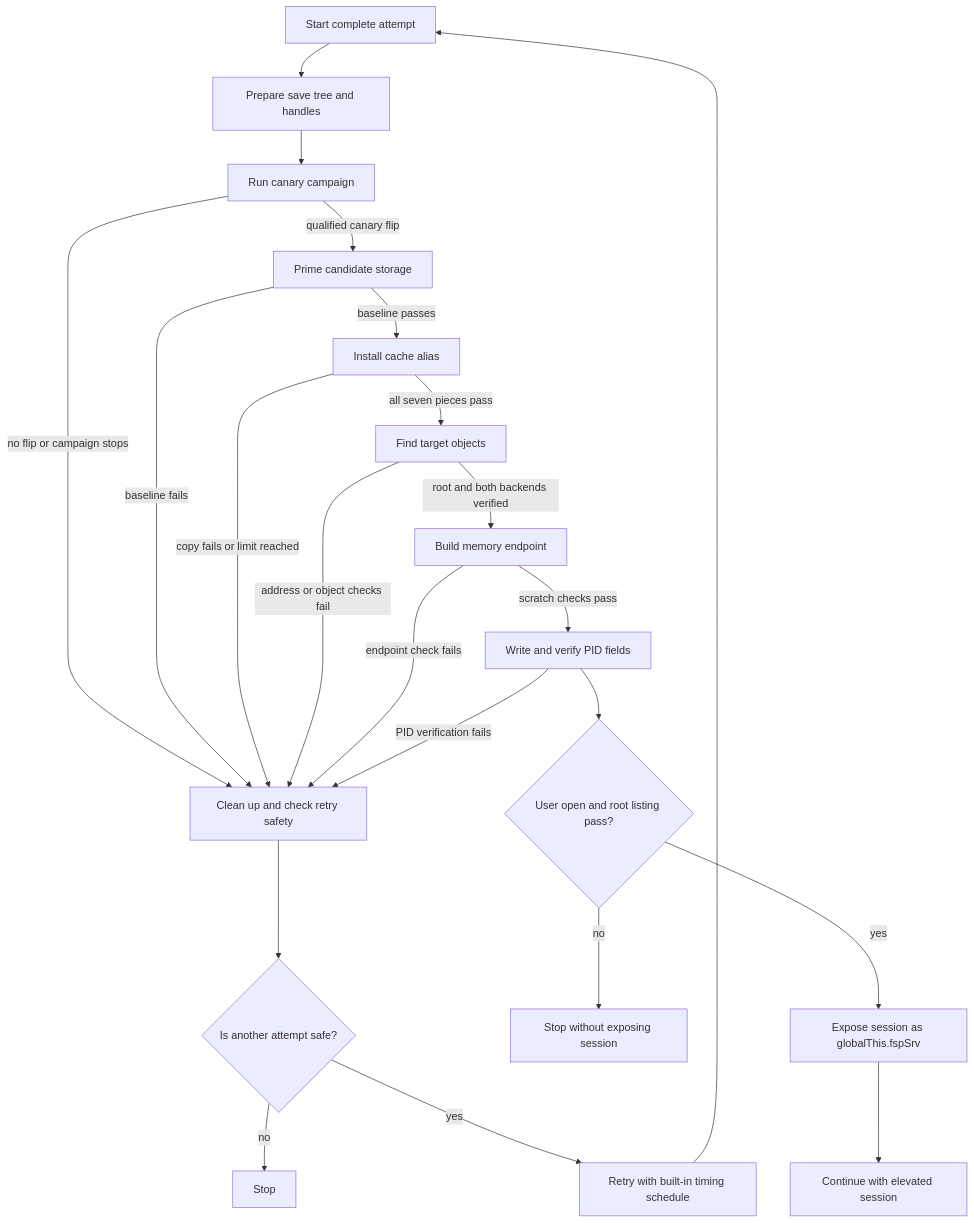
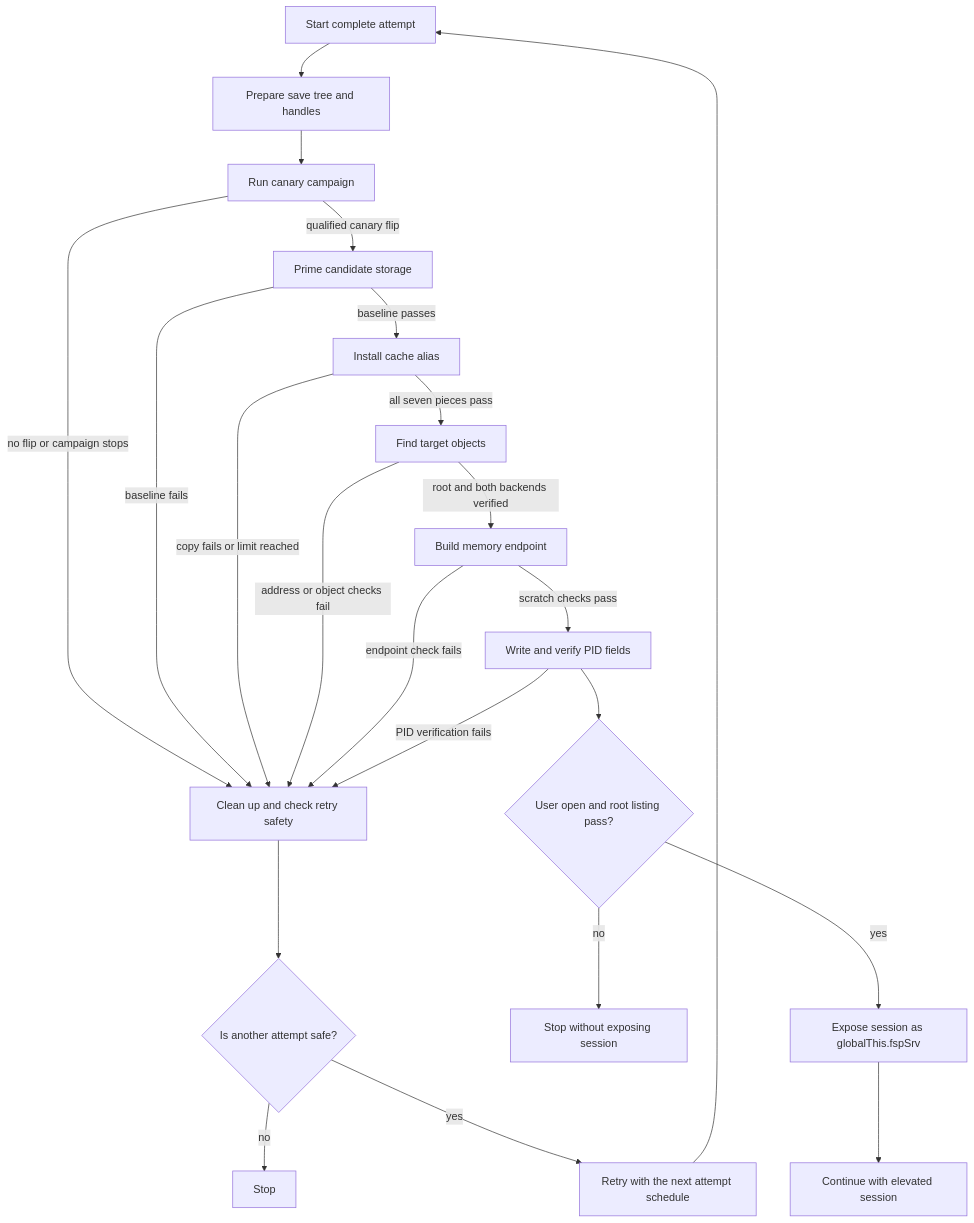
One commit to ItsNerisma/CivSwitchFS changed the first of 6 diagrams in HOW_IT_WORKS.md. Above: the diagram before and after it, drawn with Mermaid. The commit also changed other lines of this file and 58 other files, not shown here.

````diff
--- a/HOW_IT_WORKS.md
+++ b/HOW_IT_WORKS.md
@@ -46,24 +46,24 @@
 ```mermaid
 flowchart TD
     A[Start complete attempt] --> B[Prepare save tree and handles]
     B --> C[Run canary campaign]
     C -->|qualified canary flip| D[Prime candidate storage]
     C -->|no flip or campaign stops| R[Clean up and check retry safety]
     D -->|baseline passes| E[Install cache alias]
     D -->|baseline fails| R
     E -->|all seven pieces pass| F[Find target objects]
     E -->|copy fails or limit reached| R
     F -->|root and both backends verified| G[Build memory endpoint]
     F -->|address or object checks fail| R
     G -->|scratch checks pass| H[Write and verify PID fields]
     G -->|endpoint check fails| R
     H -->|PID verification fails| R
     H --> I{User open and root listing pass?}
     I -->|yes| J[Expose session as globalThis.fspSrv]
     I -->|no| K[Stop without exposing session]
     J --> Z[Continue with elevated session]
     R --> S{Is another attempt safe?}
     S -->|no| X[Stop]
-    S -->|yes| T[Retry with built-in timing schedule]
+    S -->|yes| T[Retry with the next attempt schedule]
     T --> A
 ```
````
